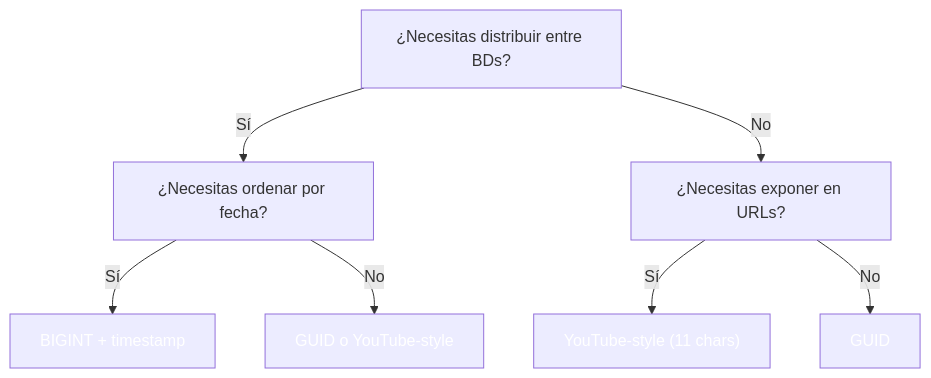
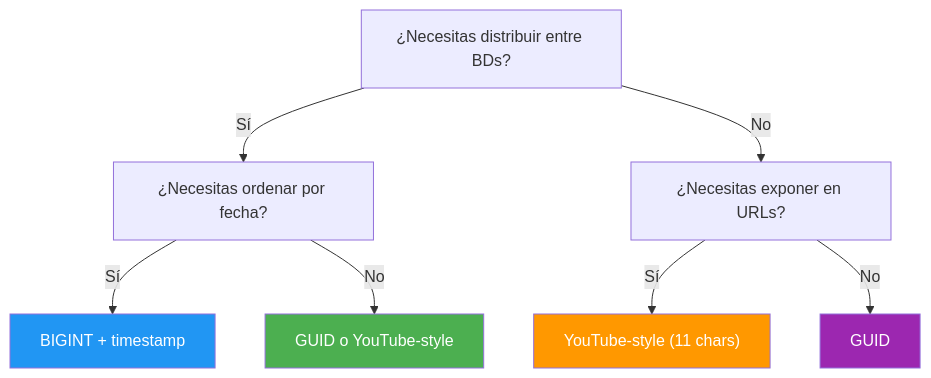
One commit to joseluisgs/DesarrolloWebEntornosServidor-02-2026-2027 changed the eighth of 8 diagrams in 15-transacciones-identificadores.md. Above: the diagram before and after it, drawn with Mermaid. The commit also changed other lines of this file and 29 other files, not shown here.

Commit message:
docs: corregir estilos Mermaid y estilo, quitar referencias a la Tienda y reestructurar los retos 13 y 15

````diff
--- a/15-transacciones-identificadores.md
+++ b/15-transacciones-identificadores.md
@@ -554,13 +557,13 @@
 ```mermaid
 flowchart TD
     A["¿Necesitas distribuir entre BDs?"] -->|Sí| B["¿Necesitas ordenar por fecha?"]
     A -->|No| C["¿Necesitas exponer en URLs?"]
     B -->|Sí| D["BIGINT + timestamp"]
     B -->|No| E["GUID o YouTube-style"]
     C -->|Sí| F["YouTube-style (11 chars)"]
     C -->|No| G["GUID"]
-    style D fill:#2196F,color:#fff3,color:#fff
-    style E fill:#4CAF5,color:#fff0,color:#fff
-    style F fill:#FF980,color:#fff0,color:#fff
-    style G fill:#9C27B,color:#fff0,color:#fff
+    style D fill:#2196F3,color:#fff
+    style E fill:#4CAF50,color:#fff
+    style F fill:#FF9800,color:#fff
+    style G fill:#9C27B0,color:#fff
 ```
````
